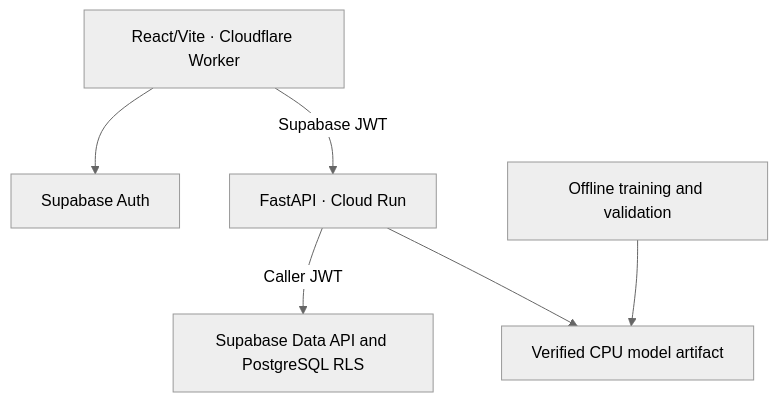
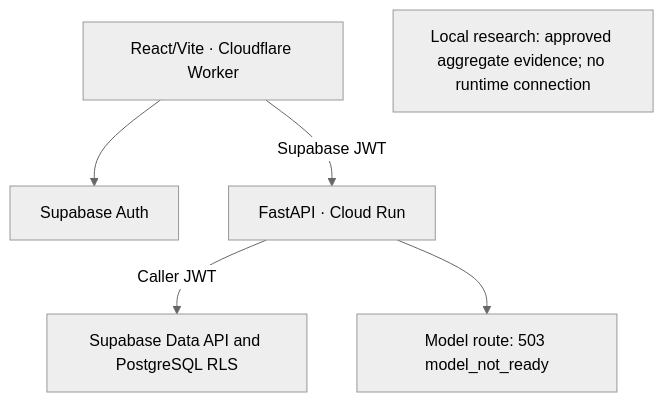
The first of 4 diagrams in docs/architecture.md (AI-HealthCare-05/AH_05_07), drawn with Mermaid (neutral theme) before and after one commit. The commit also changed other lines of this file and 19 other files, not shown here.

````diff
--- a/docs/architecture.md
+++ b/docs/architecture.md
@@ -19,8 +21,8 @@
 ```mermaid
 flowchart TD
     UI["React/Vite · Cloudflare Worker"] --> AUTH["Supabase Auth"]
     UI -->|"Supabase JWT"| API["FastAPI · Cloud Run"]
     API -->|"Caller JWT"| DB["Supabase Data API and PostgreSQL RLS"]
-    API --> MODEL["Verified CPU model artifact"]
-    TRAIN["Offline training and validation"] --> MODEL
+    API --> BLOCK["Model route: 503 model_not_ready"]
+    RESEARCH["Local research: approved aggregate evidence; no runtime connection"]
 ```
````
